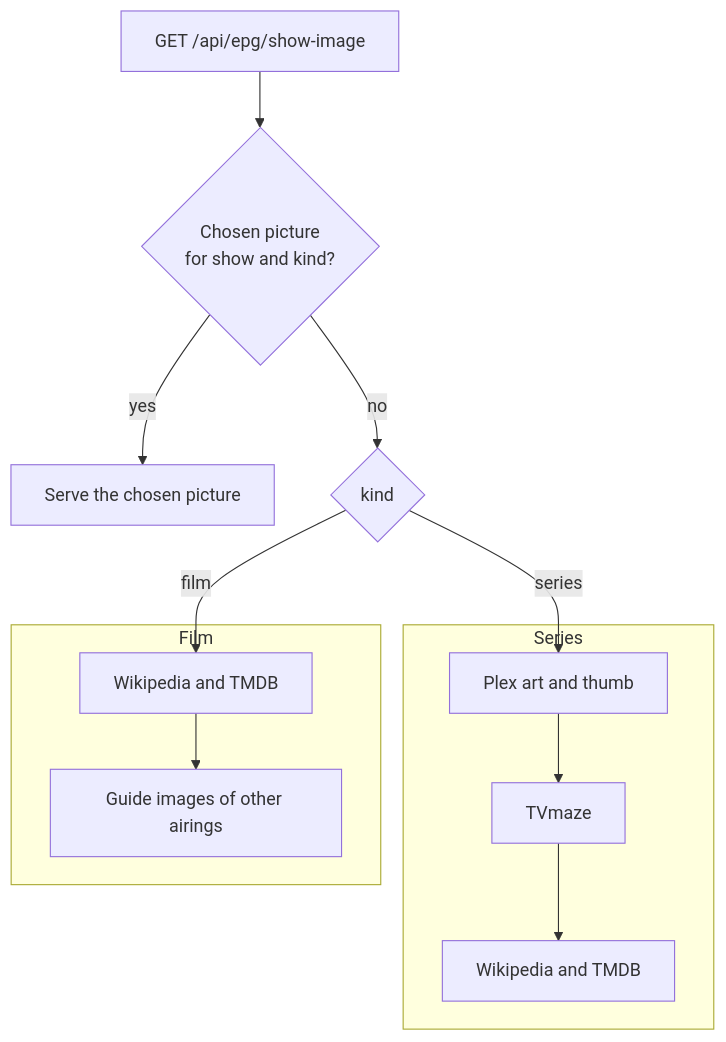
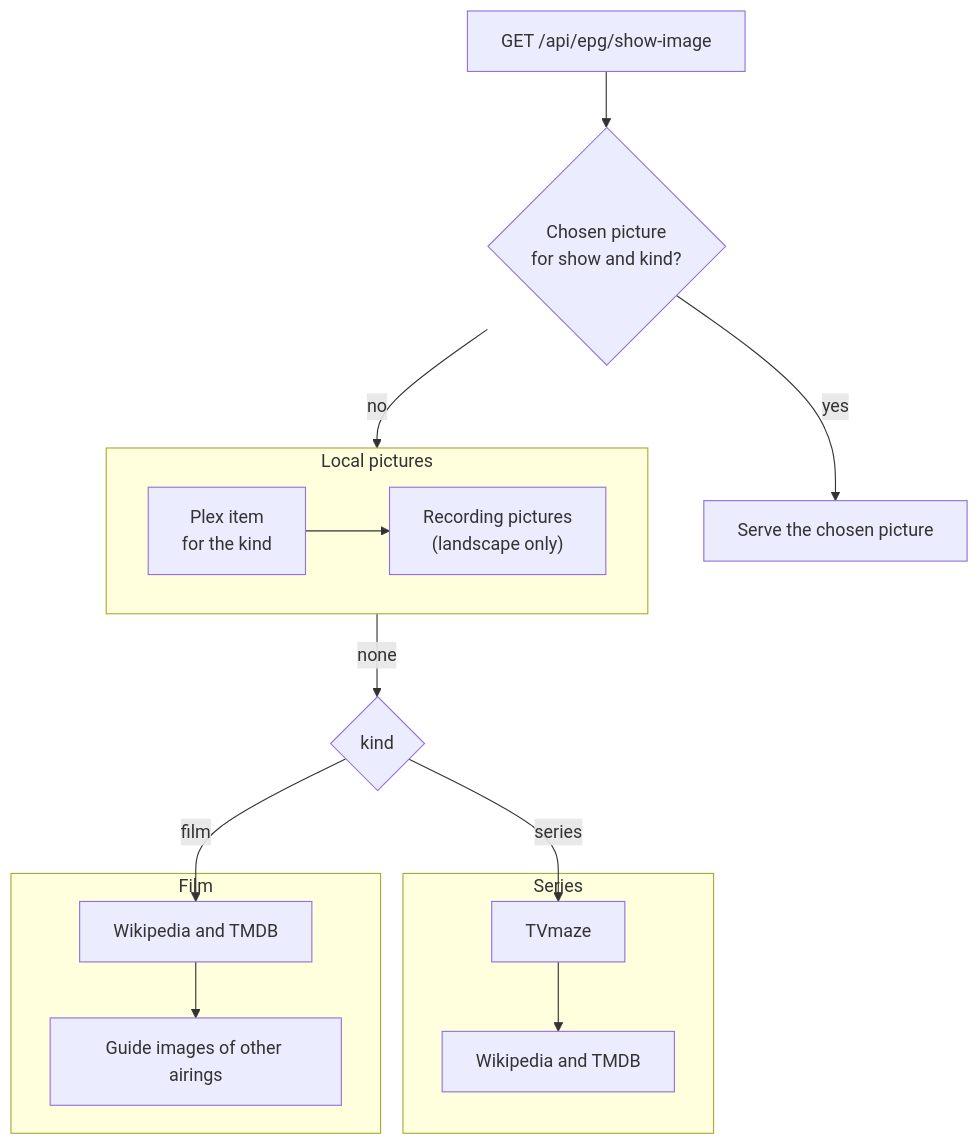
Before and after one commit to furey/freetvarr: the ninth of 9 diagrams in docs/DEEP_DIVE.md, drawn with Mermaid. The commit also changed other lines of this file and 19 other files, not shown here.

````diff
--- a/docs/DEEP_DIVE.md
+++ b/docs/DEEP_DIVE.md
@@ -1168,14 +1168,18 @@
 ```mermaid
 flowchart TD
   request["GET /api/epg/show-image"] --> chosen{"Chosen picture<br>for show and kind?"}
   chosen -- yes --> chosenImage["Serve the chosen picture"]
-  chosen -- no --> kind{"kind"}
+  chosen -- no --> local
+  subgraph local["Local pictures"]
+    plex["Plex item<br>for the kind"] --> recording["Recording pictures<br>(landscape only)"]
+  end
+  local -- none --> kind{"kind"}
   subgraph series["Series"]
-    plex["Plex art and thumb"] --> tvmaze["TVmaze"] --> online["Wikipedia and TMDB"]
+    tvmaze["TVmaze"] --> online["Wikipedia and TMDB"]
   end
   subgraph film["Film"]
     onlineFilm["Wikipedia and TMDB"] --> airings["Guide images of other airings"]
   end
-  kind -- series --> plex
+  kind -- series --> tvmaze
   kind -- film --> onlineFilm
 ```
````
